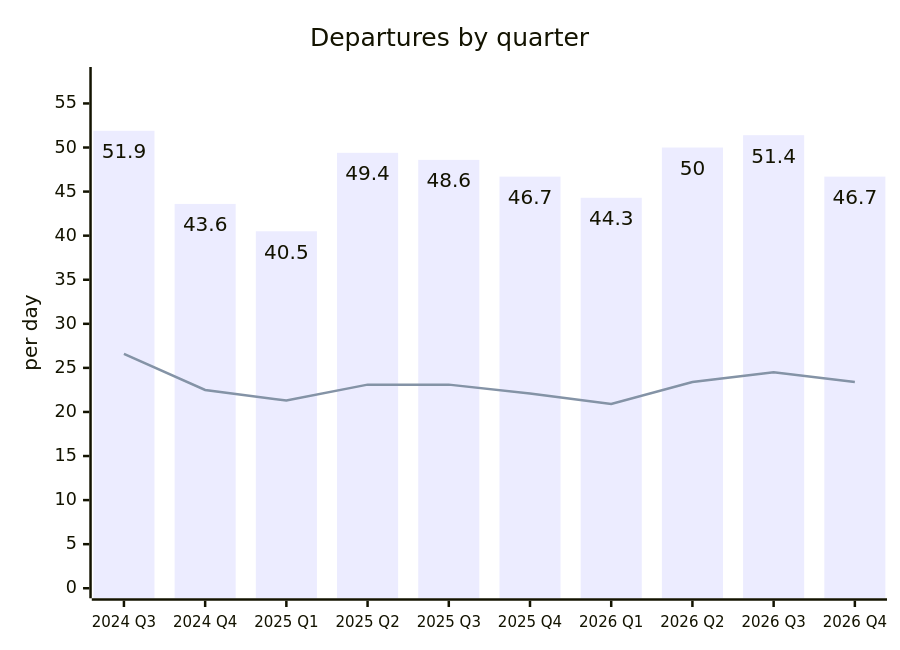
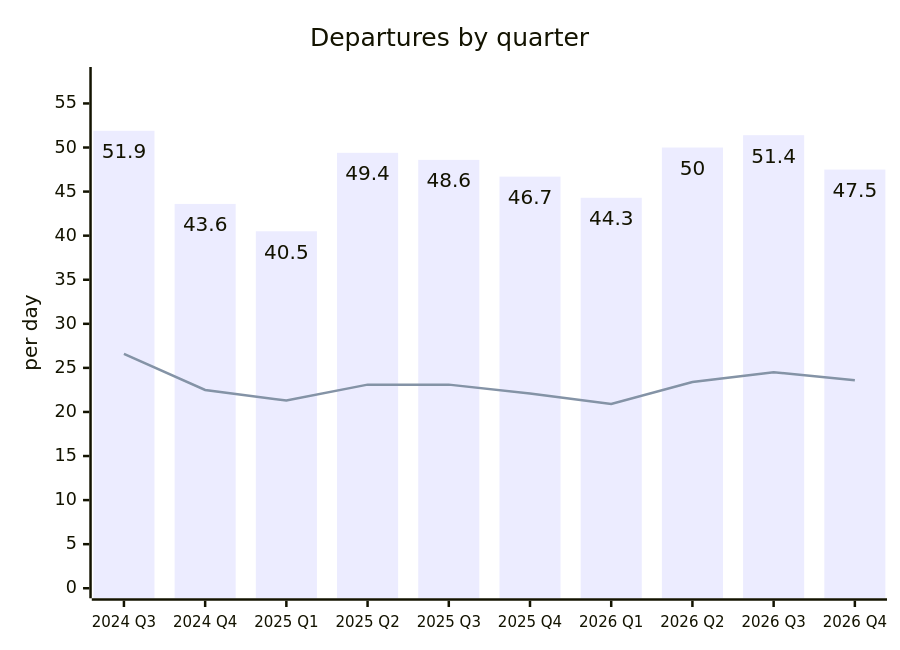
One commit to rainermesi/tll-airport-departures changed the second of 2 diagrams in README.md. Above: the diagram before and after it, drawn with Mermaid. The commit also changed other lines of this file and 3 other files, not shown here.

````diff
--- a/README.md
+++ b/README.md
@@ -82,15 +82,15 @@
 ```mermaid
 ---
 config:
   xyChart:
     showDataLabel: true
     xAxis:
       labelFontSize: 12
 ---
 xychart-beta
     title "Departures by quarter"
     x-axis ["2024 Q3", "2024 Q4", "2025 Q1", "2025 Q2", "2025 Q3", "2025 Q4", "2026 Q1", "2026 Q2", "2026 Q3", "2026 Q4"]
     y-axis "per day" 0 --> 58
-    bar [51.9, 43.6, 40.5, 49.4, 48.6, 46.7, 44.3, 50.0, 51.4, 46.7]
-    line [26.6, 22.5, 21.3, 23.1, 23.1, 22.1, 20.9, 23.4, 24.5, 23.4]
+    bar [51.9, 43.6, 40.5, 49.4, 48.6, 46.7, 44.3, 50.0, 51.4, 47.5]
+    line [26.6, 22.5, 21.3, 23.1, 23.1, 22.1, 20.9, 23.4, 24.5, 23.6]
 ```
````
